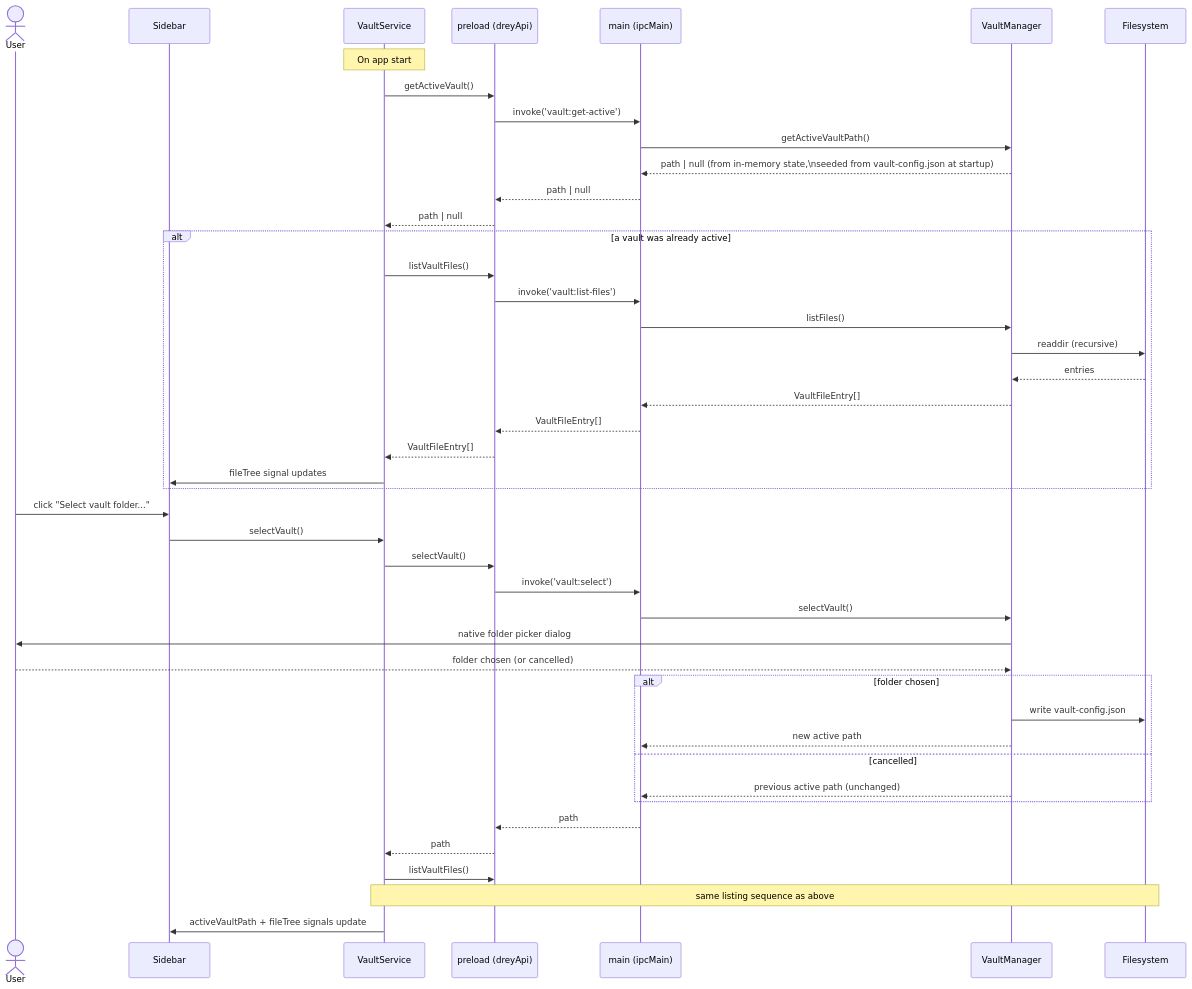
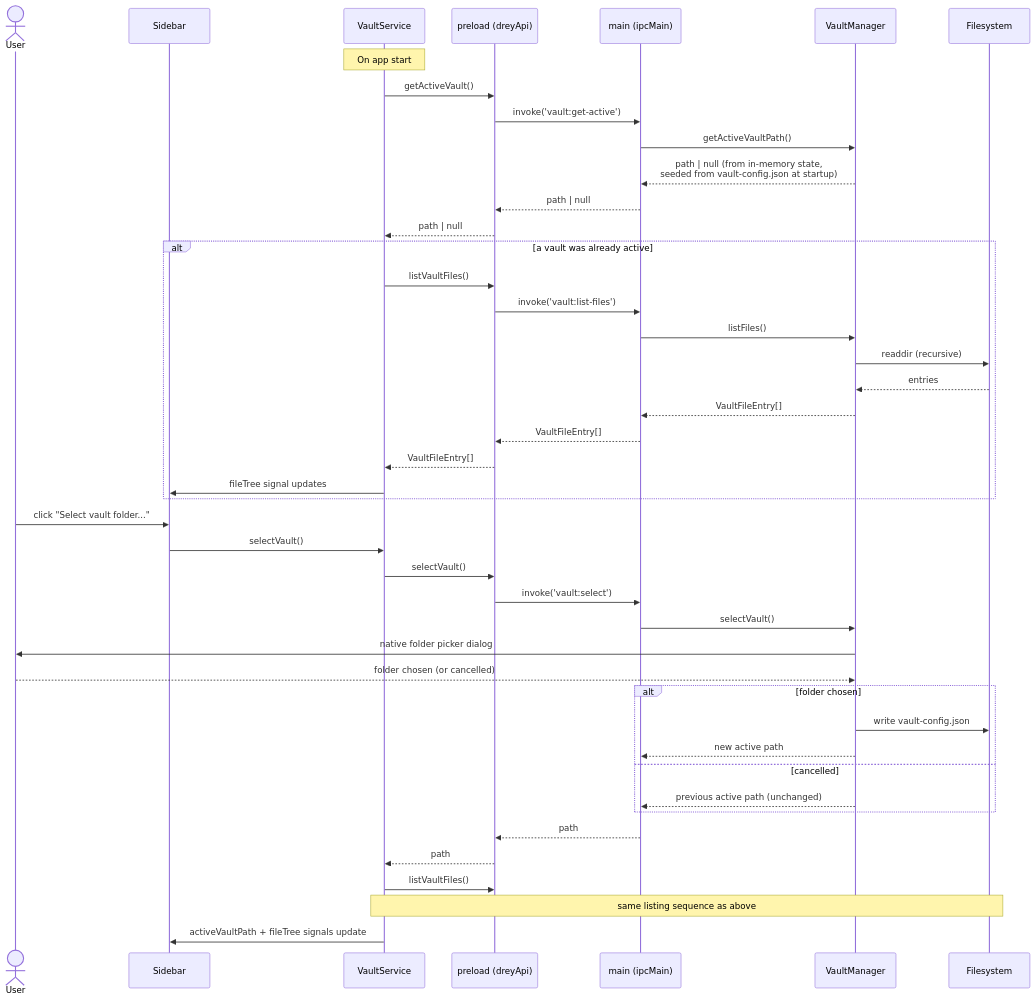
One commit to HenrikPuls/Drey changed the first of 54 diagrams in docs/06_runtime_view.md. Above: the diagram before and after it, drawn with Mermaid. The commit also changed other lines of this file and 2 other files, not shown here.

````diff
--- a/docs/06_runtime_view.md
+++ b/docs/06_runtime_view.md
@@ -13,48 +13,48 @@
 ```mermaid
 sequenceDiagram
     actor User
     participant Sidebar
     participant VaultService
     participant Preload as preload (dreyApi)
     participant Main as main (ipcMain)
     participant VaultManager
     participant FS as Filesystem
 
     Note over VaultService: On app start
     VaultService->>Preload: getActiveVault()
     Preload->>Main: invoke('vault:get-active')
     Main->>VaultManager: getActiveVaultPath()
-    VaultManager-->>Main: path | null (from in-memory state,\nseeded from vault-config.json at startup)
+    VaultManager-->>Main: path | null (from in-memory state,<br/>seeded from vault-config.json at startup)
     Main-->>Preload: path | null
     Preload-->>VaultService: path | null
     alt a vault was already active
         VaultService->>Preload: listVaultFiles()
         Preload->>Main: invoke('vault:list-files')
         Main->>VaultManager: listFiles()
         VaultManager->>FS: readdir (recursive)
         FS-->>VaultManager: entries
         VaultManager-->>Main: VaultFileEntry[]
         Main-->>Preload: VaultFileEntry[]
         Preload-->>VaultService: VaultFileEntry[]
         VaultService->>Sidebar: fileTree signal updates
     end
 
     User->>Sidebar: click "Select vault folder..."
     Sidebar->>VaultService: selectVault()
     VaultService->>Preload: selectVault()
     Preload->>Main: invoke('vault:select')
     Main->>VaultManager: selectVault()
     VaultManager->>User: native folder picker dialog
     User-->>VaultManager: folder chosen (or cancelled)
     alt folder chosen
         VaultManager->>FS: write vault-config.json
         VaultManager-->>Main: new active path
     else cancelled
         VaultManager-->>Main: previous active path (unchanged)
     end
     Main-->>Preload: path
     Preload-->>VaultService: path
     VaultService->>Preload: listVaultFiles()
     Note over VaultService,FS: same listing sequence as above
     VaultService->>Sidebar: activeVaultPath + fileTree signals update
 ```
````
